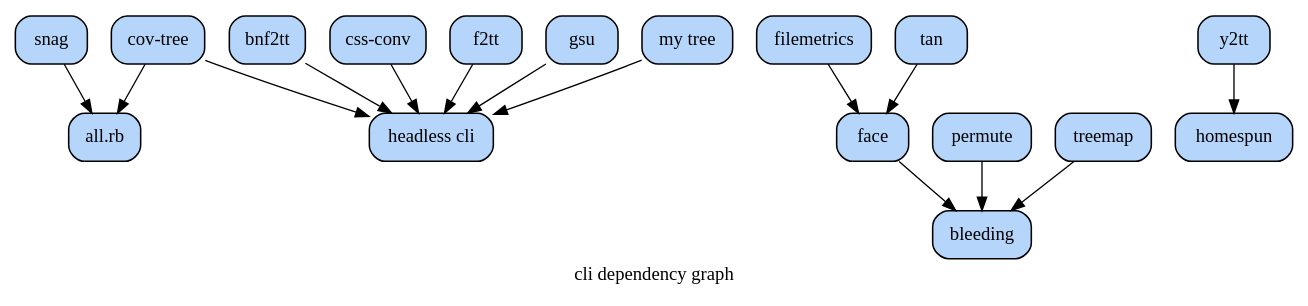
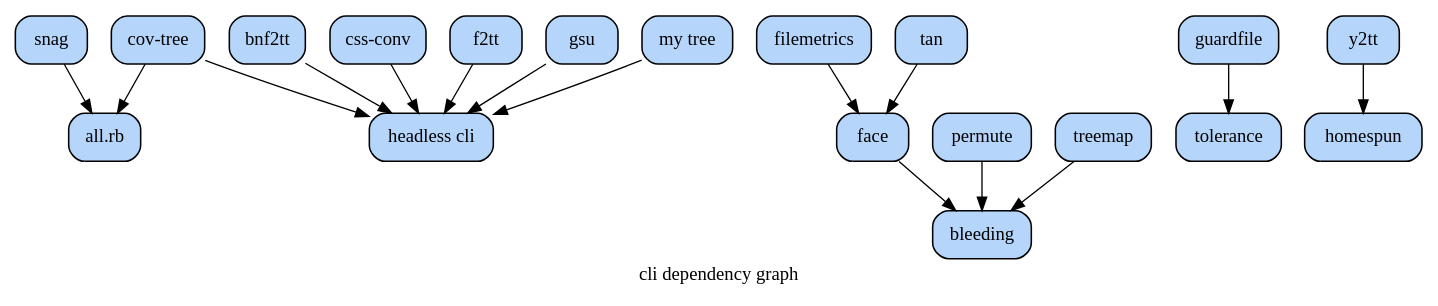
Before and after one commit to hipe/tmx: the diagram in lib/skylab/headless/doc/cli-dep-graph.dot, drawn with Graphviz. The commit also changed 7 other files, not shown here.

```diff
--- a/lib/skylab/headless/doc/cli-dep-graph.dot
+++ b/lib/skylab/headless/doc/cli-dep-graph.dot
@@ -1,55 +1,58 @@
 # created by tan-man on 2013-01-30 16:31:11 UTC
 
 digraph {
 
 /*
   example stmt_list:
     foo -> bar
     biff -> baz
 
   example node_stmt:
     learn_c [label="learn C somehow"]
 */
 
 
 label="cli dependency graph"
 
 #                 blue : fillcolor="#b5d5fb"
 #             finished : green
 #                green : fillcolor="#79f233"
 
 
 node [label="\N", style="filled", fillcolor="#b5d5fb", fontname="Futura", penwidth="1.1566", shape="Mrecord"]
 
 all [label="all.rb"]
 bleeding [label=bleeding]
 bnf2tt [label=bnf2tt]
 cov [label="cov-tree"]
 css [label="css-conv"]
 f2tt [label=f2tt]
 face [label=face]
 filemetrics [label=filemetrics]
 gsu [label=gsu]
+guardfile [label=guardfile]
 headless [label="headless cli"]
 homespun [label=homespun]
 my [label="my tree"]
 permute [label=permute]
 snag [label=snag]
 tan [label=tan]
 treemap [label=treemap]
+tolerance [label=tolerance]
 y2tt [label=y2tt]
 bnf2tt -> headless
 cov -> all
 cov -> headless
 css -> headless
 f2tt -> headless
 face -> bleeding
 filemetrics -> face
 gsu -> headless
+guardfile -> tolerance
 my -> headless
 permute -> bleeding
 snag -> all
 tan -> face
 treemap -> bleeding
 y2tt -> homespun
 }
```
